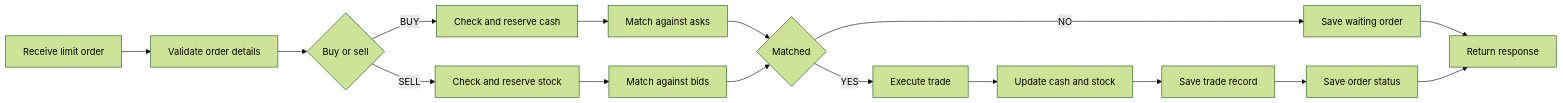
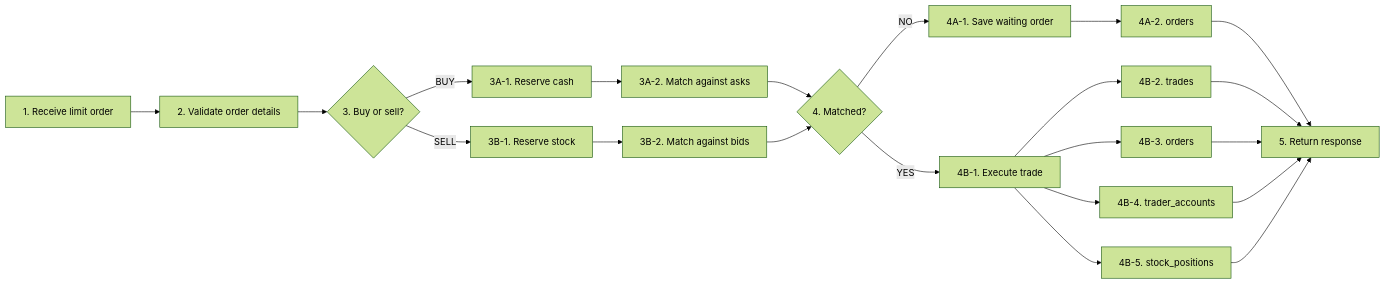
One commit to skatemonkey/exchange-lab changed the diagram in doc/03-order-flow.md. Above: the diagram before and after it, drawn with Mermaid (forest theme). The commit also changed other lines of this file, not shown here.

Commit message:
docs: refine order flow description

````diff
--- a/doc/03-order-flow.md
+++ b/doc/03-order-flow.md
@@ -15,18 +15,25 @@
 ```mermaid
 flowchart LR
-    A["Receive limit order"] --> B["Validate order details"]
-    B --> C{"Buy or sell"}
-    C -->|BUY| D["Check and reserve cash"]
-    C -->|SELL| E["Check and reserve stock"]
-    D --> F["Match against asks"]
-    E --> G["Match against bids"]
-    F --> H{"Matched"}
+    A["1. Receive limit order"] --> B["2. Validate order details"]
+    B --> C{"3. Buy or sell?"}
+    C -->|BUY| D["3A-1. Reserve cash"]
+    C -->|SELL| E["3B-1. Reserve stock"]
+    D --> F["3A-2. Match against asks"]
+    E --> G["3B-2. Match against bids"]
+    F --> H{"4. Matched?"}
     G --> H
-    H -->|YES| I["Execute trade"]
-    H -->|NO| J["Save waiting order"]
-    I --> K["Update cash and stock"]
-    K --> L["Save trade record"]
-    L --> M["Save order status"]
-    J --> N["Return response"]
-    M --> N
+
+    H -->|NO| I["4A-1. Save waiting order"]
+    I --> I1["4A-2. orders"]
+    I1 --> K["5. Return response"]
+
+    H -->|YES| J["4B-1. Execute trade"]
+    J --> J1["4B-2. trades"]
+    J --> J2["4B-3. orders"]
+    J --> J3["4B-4. trader_accounts"]
+    J --> J4["4B-5. stock_positions"]
+    J1 --> K
+    J2 --> K
+    J3 --> K
+    J4 --> K
 ```
````
